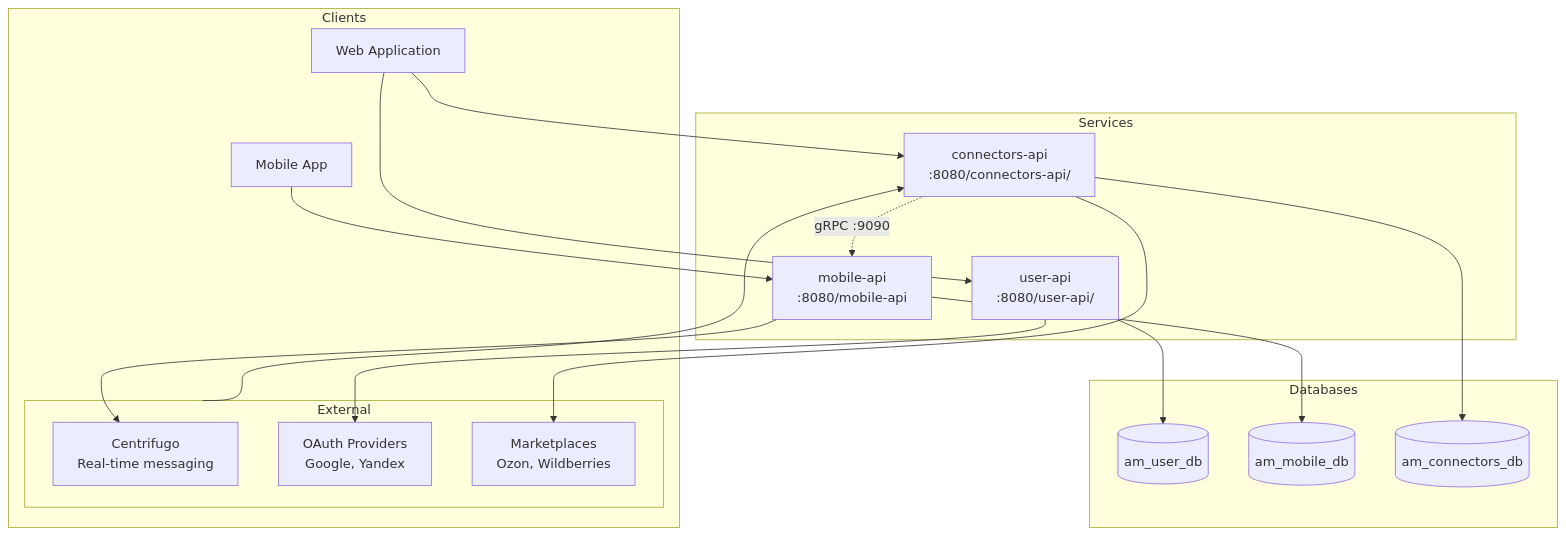
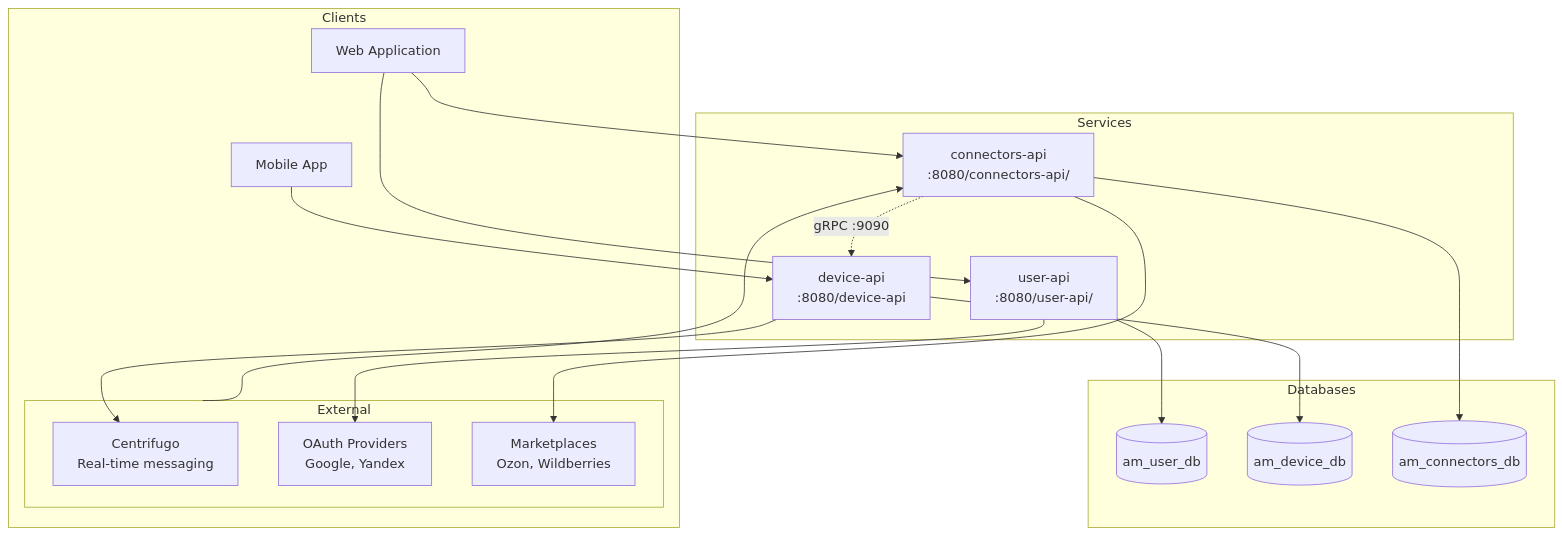
Before and after one commit to AgiMateIo/agimate-backend: the diagram in docs/architecture.md, drawn with Mermaid. The commit also changed other lines of this file and 123 other files, not shown here.

Commit message:
renamed mobile-api to device-api

````diff
--- a/docs/architecture.md
+++ b/docs/architecture.md
@@ -5,40 +5,40 @@
 ```mermaid
 graph TB
     subgraph "Clients"
         WebApp[Web Application]
         MobileApp[Mobile App]
         External[External Systems]
     end
 
     subgraph "Services"
         UserAPI[user-api<br/>:8080/user-api/]
-        MobileAPI[mobile-api<br/>:8080/mobile-api]
+        DeviceAPI[device-api<br/>:8080/device-api]
         ConnectorsAPI[connectors-api<br/>:8080/connectors-api/]
     end
 
     subgraph "Databases"
         UserDB[(am_user_db)]
-        MobileDB[(am_mobile_db)]
+        DeviceDB[(am_device_db)]
         ConnectorsDB[(am_connectors_db)]
     end
 
     subgraph "External"
         Centrifugo[Centrifugo<br/>Real-time messaging]
         OAuth[OAuth Providers<br/>Google, Yandex]
         Marketplaces[Marketplaces<br/>Ozon, Wildberries]
     end
 
     WebApp --> UserAPI
     WebApp --> ConnectorsAPI
-    MobileApp --> MobileAPI
+    MobileApp --> DeviceAPI
     External --> ConnectorsAPI
 
     UserAPI --> UserDB
-    MobileAPI --> MobileDB
+    DeviceAPI --> DeviceDB
     ConnectorsAPI --> ConnectorsDB
 
     UserAPI --> OAuth
-    MobileAPI --> Centrifugo
+    DeviceAPI --> Centrifugo
     ConnectorsAPI --> Marketplaces
-    ConnectorsAPI -.->|gRPC :9090| MobileAPI
+    ConnectorsAPI -.->|gRPC :9090| DeviceAPI
 ```
````
